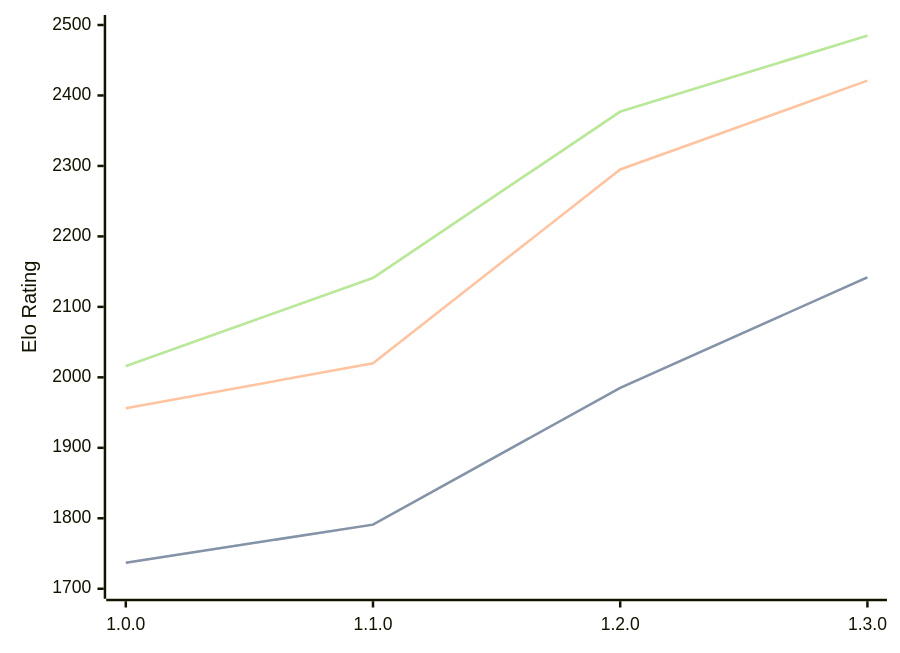
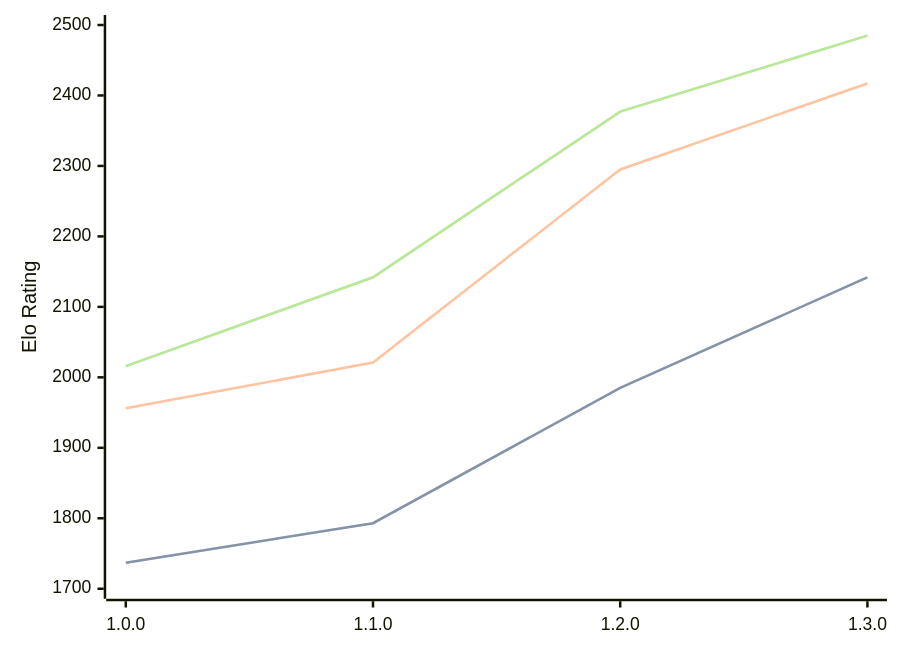
The diagram in engines/Anodos.md (computer-chess-index/cci), drawn with Mermaid before and after one commit. The commit also changed other lines of this file, not shown here.

Commit message:
Update CCI Ratings (ELO VLTC) - 2026-08-05

````diff
--- a/engines/Anodos.md
+++ b/engines/Anodos.md
@@ -45,11 +45,11 @@
 ```mermaid
 %%{init: {"theme":"base","themeVariables":{"seriesColors:['#a3a3a3','#222221','#faa371']}}}%%
 xychart-beta
   x-axis ["1.0.0", "1.1.0", "1.2.0", "1.3.0"]
   y-axis "Elo Rating" 1700 --> 2500
-  line "STC (8.0+0.08s)" [1737, 1791, 1985, 2142]
-  line "STC (8.0+0.08s)" [1737, 1791, 1985, 2142]
-  line "LTC (60.0+0.60s)" [1956, 2020, 2295, 2421]
-  line "VLTC (2m24s+1.12s)" [2016, 2141, 2377, 2485]
-  line "VLTC (2m24s+1.12s)" [2016, 2141, 2377, 2485]
+  line "STC (8.0+0.08s)" [1737, 1793, 1985, 2142]
+  line "STC (8.0+0.08s)" [1737, 1793, 1985, 2142]
+  line "LTC (60.0+0.60s)" [1956, 2021, 2295, 2417]
+  line "VLTC (2m24s+1.12s)" [2016, 2142, 2377, 2485]
+  line "VLTC (2m24s+1.12s)" [2016, 2142, 2377, 2485]
 ```
````
